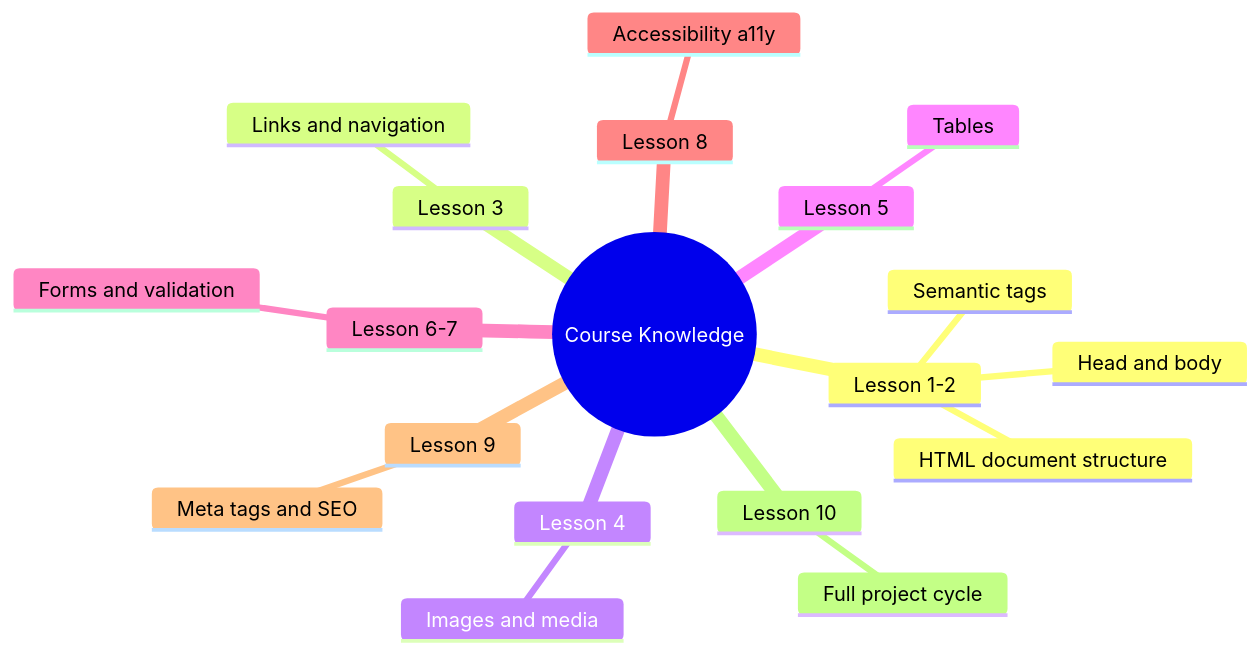
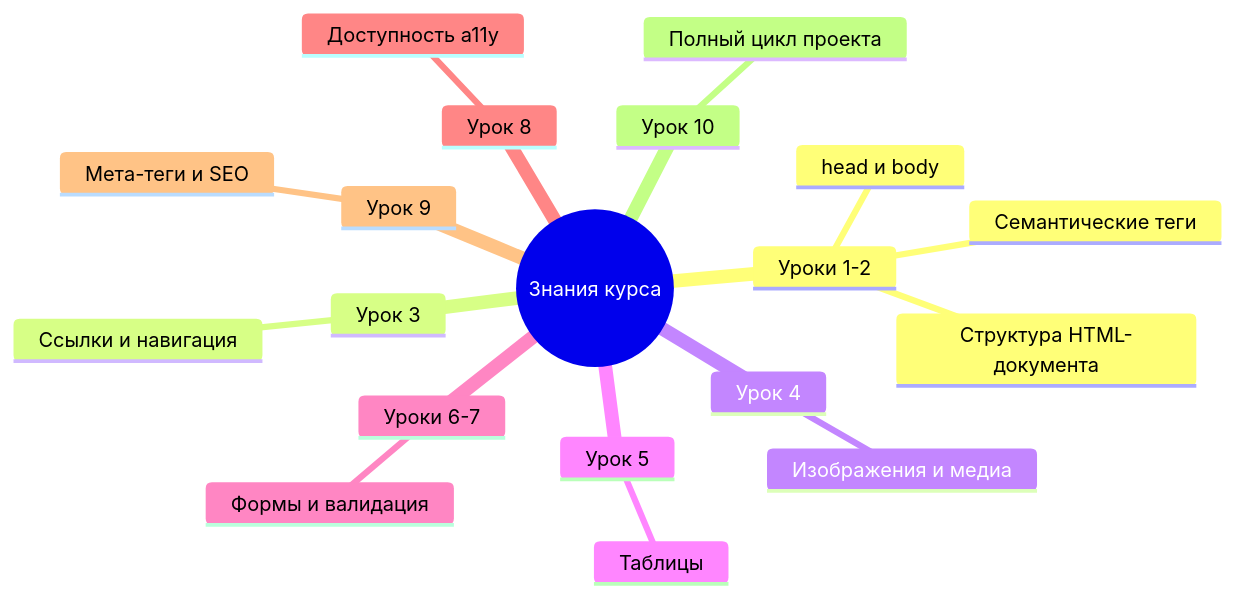
The second of 2 diagrams in Lesson-10/ru/Итоговый проект от планирования до публикации.md (JLearn-space/HTML), drawn with Mermaid before and after one commit. The commit also changed other lines of this file and 12 other files, not shown here.

Commit message:
Fix typos, broken markdown, Mermaid diagrams, localize RU/UZ labels, rename mixed-script filename

````diff
--- a/Lesson-10/ru/Итоговый проект от планирования до публикации.md
+++ b/Lesson-10/ru/Итоговый проект от планирования до публикации.md
@@ -363,22 +363,22 @@
 ```mermaid
 mindmap
-  root((Course Knowledge))
-    Lesson 1-2
-      HTML document structure
-      Semantic tags
-      Head and body
-    Lesson 3
-      Links and navigation
-    Lesson 4
-      Images and media
-    Lesson 5
-      Tables
-    Lesson 6-7
-      Forms and validation
-    Lesson 8
-      Accessibility a11y
-    Lesson 9
-      Meta tags and SEO
-    Lesson 10
-      Full project cycle
+  root((Знания курса))
+    Уроки 1-2
+      Структура HTML-документа
+      Семантические теги
+      head и body
+    Урок 3
+      Ссылки и навигация
+    Урок 4
+      Изображения и медиа
+    Урок 5
+      Таблицы
+    Уроки 6-7
+      Формы и валидация
+    Урок 8
+      Доступность a11y
+    Урок 9
+      Мета-теги и SEO
+    Урок 10
+      Полный цикл проекта
 ```
````
